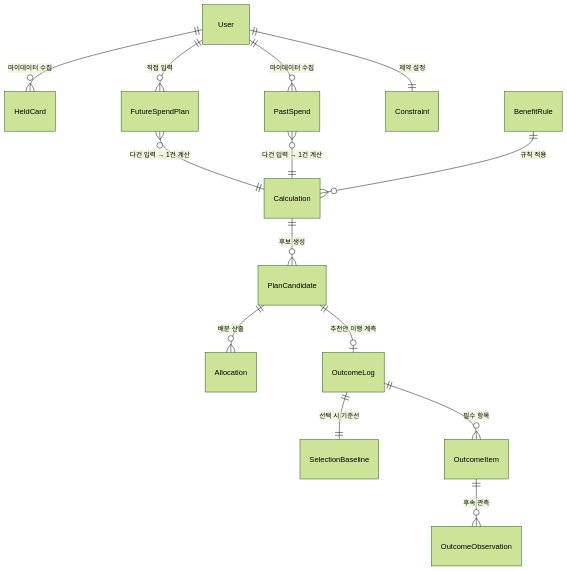
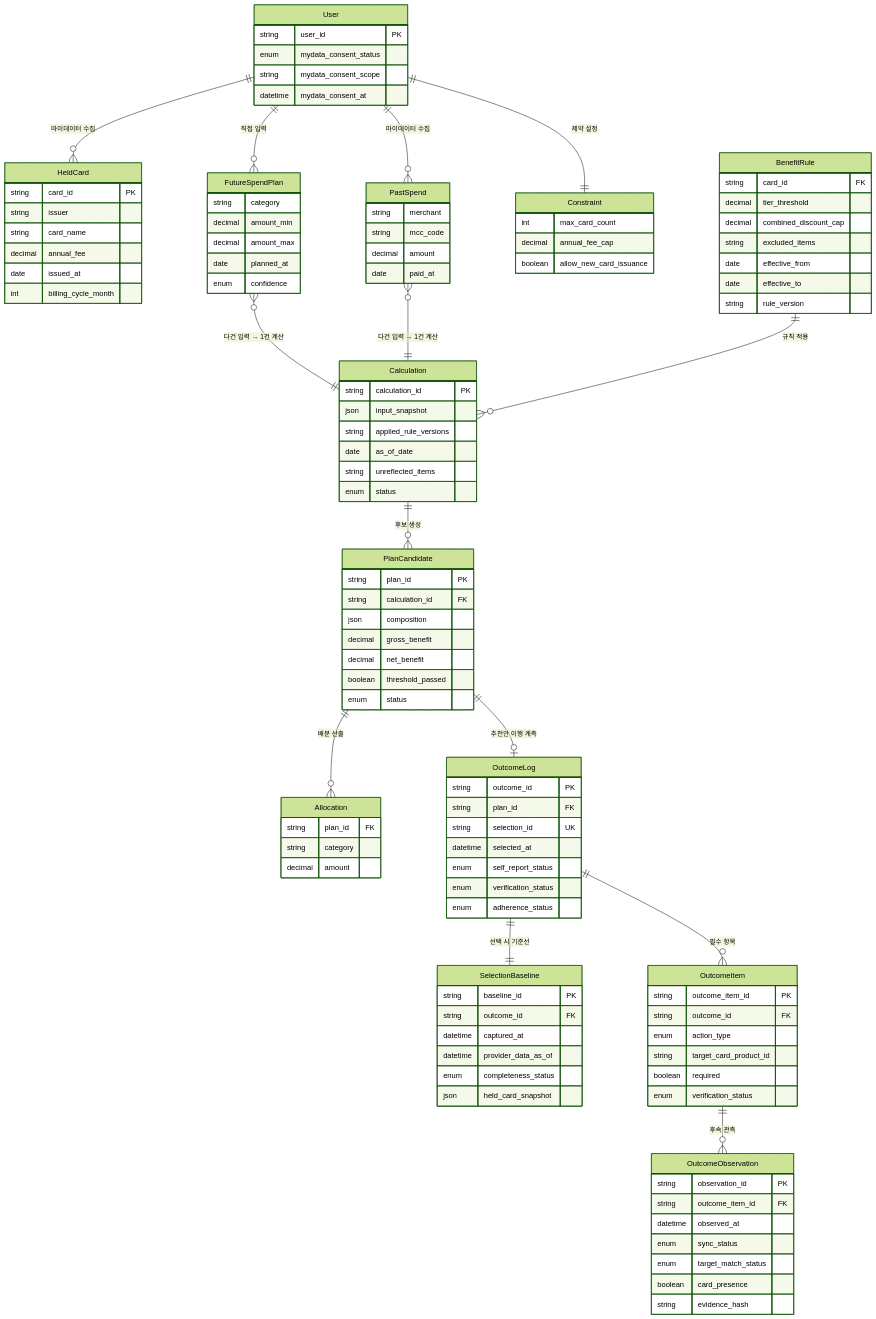
Diagram 12 of 14 in SRS-Drafts/SRS_CardFit_v1.6_GPT-5.6-SOL.md (jennie-brain/CardFit-prd-to-srs), drawn with Mermaid (forest theme) before and after one commit. The commit also changed other lines of this file, not shown here.

Commit message:
docs: show core fields in latest SRS ERD

````diff
--- a/SRS-Drafts/SRS_CardFit_v1.6_GPT-5.6-SOL.md
+++ b/SRS-Drafts/SRS_CardFit_v1.6_GPT-5.6-SOL.md
@@ -776,5 +776,102 @@
 ```mermaid
 erDiagram
+    User {
+        string user_id PK
+        enum mydata_consent_status
+        string mydata_consent_scope
+        datetime mydata_consent_at
+    }
+    HeldCard {
+        string card_id PK
+        string issuer
+        string card_name
+        decimal annual_fee
+        date issued_at
+        int billing_cycle_month
+    }
+    PastSpend {
+        string merchant
+        string mcc_code
+        decimal amount
+        date paid_at
+    }
+    FutureSpendPlan {
+        string category
+        decimal amount_min
+        decimal amount_max
+        date planned_at
+        enum confidence
+    }
+    Constraint {
+        int max_card_count
+        decimal annual_fee_cap
+        boolean allow_new_card_issuance
+    }
+    BenefitRule {
+        string card_id FK
+        decimal tier_threshold
+        decimal combined_discount_cap
+        string excluded_items
+        date effective_from
+        date effective_to
+        string rule_version
+    }
+    Calculation {
+        string calculation_id PK
+        json input_snapshot
+        string applied_rule_versions
+        date as_of_date
+        string unreflected_items
+        enum status
+    }
+    PlanCandidate {
+        string plan_id PK
+        string calculation_id FK
+        json composition
+        decimal gross_benefit
+        decimal net_benefit
+        boolean threshold_passed
+        enum status
+    }
+    Allocation {
+        string plan_id FK
+        string category
+        decimal amount
+    }
+    OutcomeLog {
+        string outcome_id PK
+        string plan_id FK
+        string selection_id UK
+        datetime selected_at
+        enum self_report_status
+        enum verification_status
+        enum adherence_status
+    }
+    SelectionBaseline {
+        string baseline_id PK
+        string outcome_id FK
+        datetime captured_at
+        datetime provider_data_as_of
+        enum completeness_status
+        json held_card_snapshot
+    }
+    OutcomeItem {
+        string outcome_item_id PK
+        string outcome_id FK
+        enum action_type
+        string target_card_product_id
+        boolean required
+        enum verification_status
+    }
+    OutcomeObservation {
+        string observation_id PK
+        string outcome_item_id FK
+        datetime observed_at
+        enum sync_status
+        enum target_match_status
+        boolean card_presence
+        string evidence_hash
+    }
     User ||--o{ HeldCard : "마이데이터 수집"
     User ||--o{ PastSpend : "마이데이터 수집"
     User ||--o{ FutureSpendPlan : "직접 입력"
````
